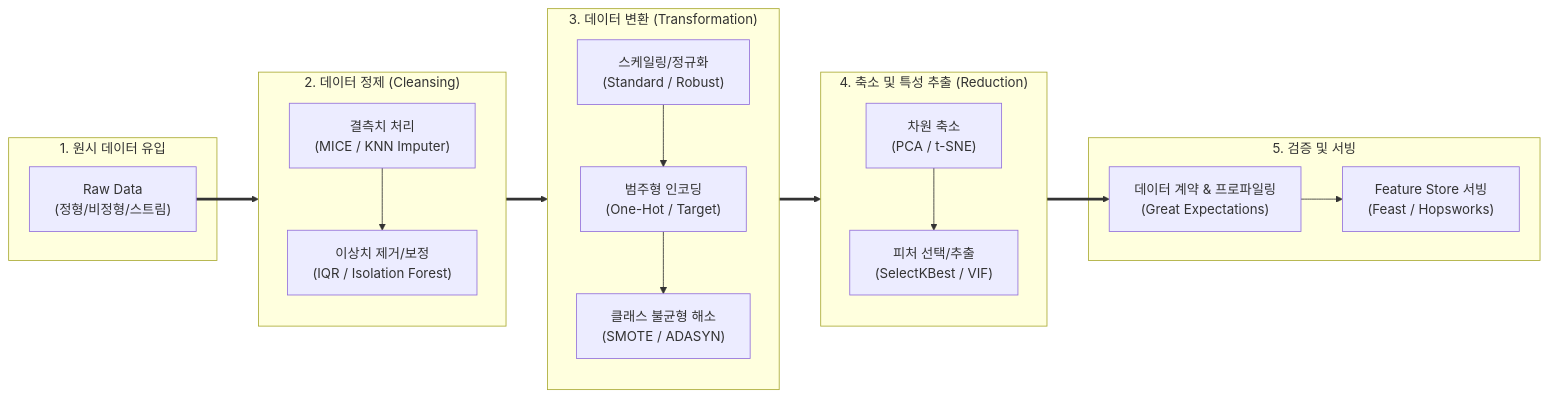
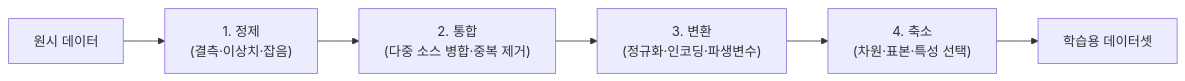
Before and after one commit to supremethumb/supremethumb.github.io: the diagram in content/01_IT Tech/데이터 전처리.md, drawn with Mermaid. The commit also changed other lines of this file and 1087 other files, not shown here.

````diff
--- a/content/01_IT Tech/데이터 전처리.md
+++ b/content/01_IT Tech/데이터 전처리.md
@@ -34,40 +34,8 @@
 ```mermaid
 flowchart LR
-    subgraph Ingestion["1. 원시 데이터 유입"]
-        RAW["Raw Data<br/>(정형/비정형/스트림)"]
-    end
-
-    subgraph Step1["2. 데이터 정제 (Cleansing)"]
-        direction TB
-        C1["결측치 처리<br/>(MICE / KNN Imputer)"]
-        C2["이상치 제거/보정<br/>(IQR / Isolation Forest)"]
-        C1 --> C2
-    end
-
-    subgraph Step2["3. 데이터 변환 (Transformation)"]
-        direction TB
-        T1["스케일링/정규화<br/>(Standard / Robust)"]
-        T2["범주형 인코딩<br/>(One-Hot / Target)"]
-        T3["클래스 불균형 해소<br/>(SMOTE / ADASYN)"]
-        T1 --> T2 --> T3
-    end
-
-    subgraph Step3["4. 축소 및 특성 추출 (Reduction)"]
-        direction TB
-        R1["차원 축소<br/>(PCA / t-SNE)"]
-        R2["피처 선택/추출<br/>(SelectKBest / VIF)"]
-        R1 --> R2
-    end
-
-    subgraph Storage["5. 검증 및 서빙"]
-        VAL["데이터 계약 & 프로파일링<br/>(Great Expectations)"]
-        STORE["Feature Store 서빙<br/>(Feast / Hopsworks)"]
-        VAL --> STORE
-    end
-
-    RAW ==> Step1
-    Step1 ==> Step2
-    Step2 ==> Step3
-    Step3 ==> VAL
-
+    RAW["원시 데이터"] --> C["1. 정제<br/>(결측·이상치·잡음)"]
+    C --> I["2. 통합<br/>(다중 소스 병합·중복 제거)"]
+    I --> T["3. 변환<br/>(정규화·인코딩·파생변수)"]
+    T --> R["4. 축소<br/>(차원·표본·특성 선택)"]
+    R --> OUT["학습용 데이터셋"]
 ```
````
